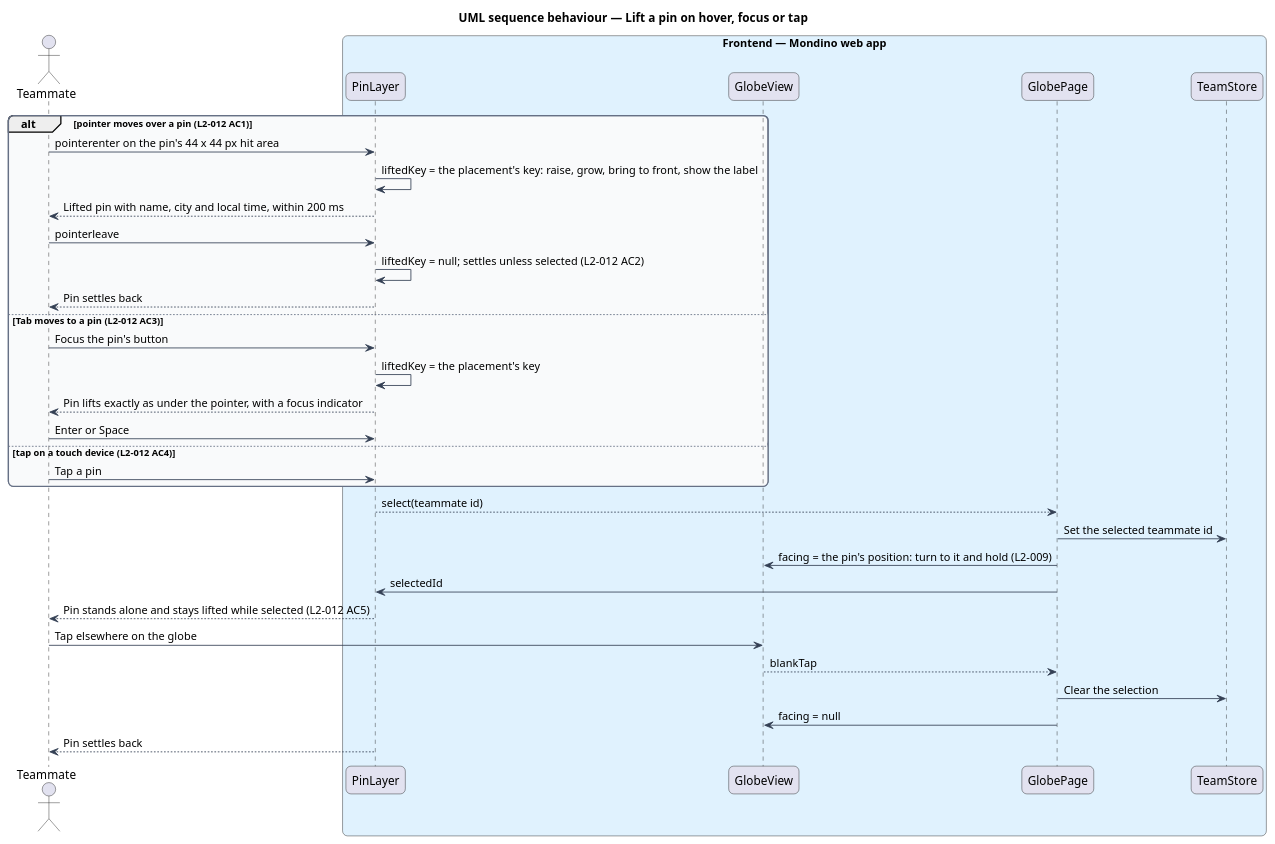
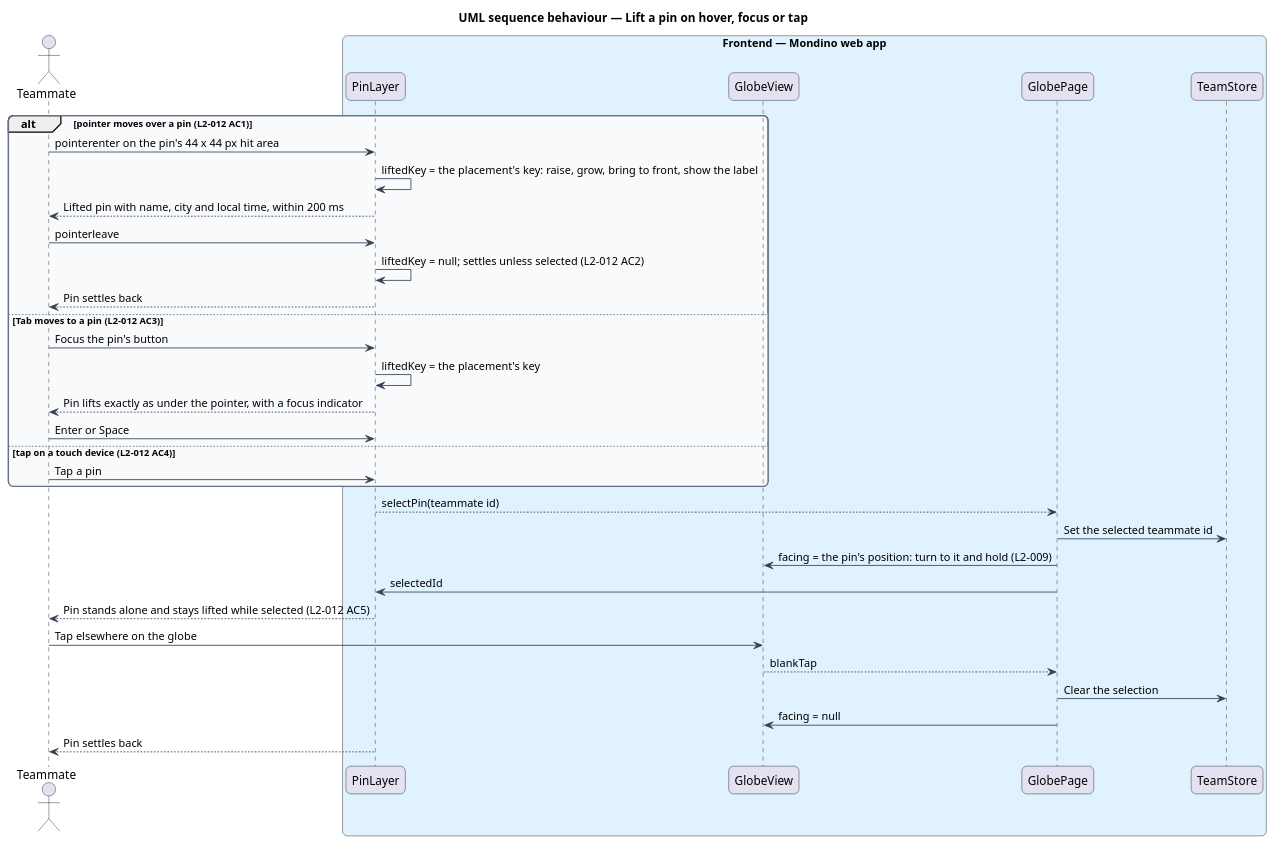
The diagram in docs/detailed-designs/globe/show-pins/diagrams/sequence-lift-pin.puml (QuinntyneBrown/Mondino), drawn with PlantUML before and after one commit. The commit also changed 7 other files, not shown here.

```diff
--- a/docs/detailed-designs/globe/show-pins/diagrams/sequence-lift-pin.puml
+++ b/docs/detailed-designs/globe/show-pins/diagrams/sequence-lift-pin.puml
@@ -1,49 +1,49 @@
 @startuml
 title UML sequence behaviour — Lift a pin on hover, focus or tap
 skinparam backgroundColor #FFFFFF
 skinparam shadowing false
 skinparam roundcorner 12
 skinparam defaultFontName Arial
 skinparam ArrowColor #344054
 skinparam rectangle {
   BorderColor #344054
   FontColor #101828
 }
 skinparam package {
   BorderColor #667085
   FontColor #101828
   BackgroundColor #F9FAFB
 }
 actor "Teammate" as actor
 box "Frontend — Mondino web app" #E0F2FE
   participant "PinLayer" as layer
   participant "GlobeView" as view
   participant "GlobePage" as page
   participant "TeamStore" as store
 end box
 alt pointer moves over a pin (L2-012 AC1)
   actor -> layer : pointerenter on the pin's 44 x 44 px hit area
   layer -> layer : liftedKey = the placement's key: raise, grow, bring to front, show the label
   layer --> actor : Lifted pin with name, city and local time, within 200 ms
   actor -> layer : pointerleave
   layer -> layer : liftedKey = null; settles unless selected (L2-012 AC2)
   layer --> actor : Pin settles back
 else Tab moves to a pin (L2-012 AC3)
   actor -> layer : Focus the pin's button
   layer -> layer : liftedKey = the placement's key
   layer --> actor : Pin lifts exactly as under the pointer, with a focus indicator
   actor -> layer : Enter or Space
 else tap on a touch device (L2-012 AC4)
   actor -> layer : Tap a pin
 end
-layer --> page : select(teammate id)
+layer --> page : selectPin(teammate id)
 page -> store : Set the selected teammate id
 page -> view : facing = the pin's position: turn to it and hold (L2-009)
 page -> layer : selectedId
 layer --> actor : Pin stands alone and stays lifted while selected (L2-012 AC5)
 actor -> view : Tap elsewhere on the globe
 view --> page : blankTap
 page -> store : Clear the selection
 page -> view : facing = null
 layer --> actor : Pin settles back
 @enduml
```
